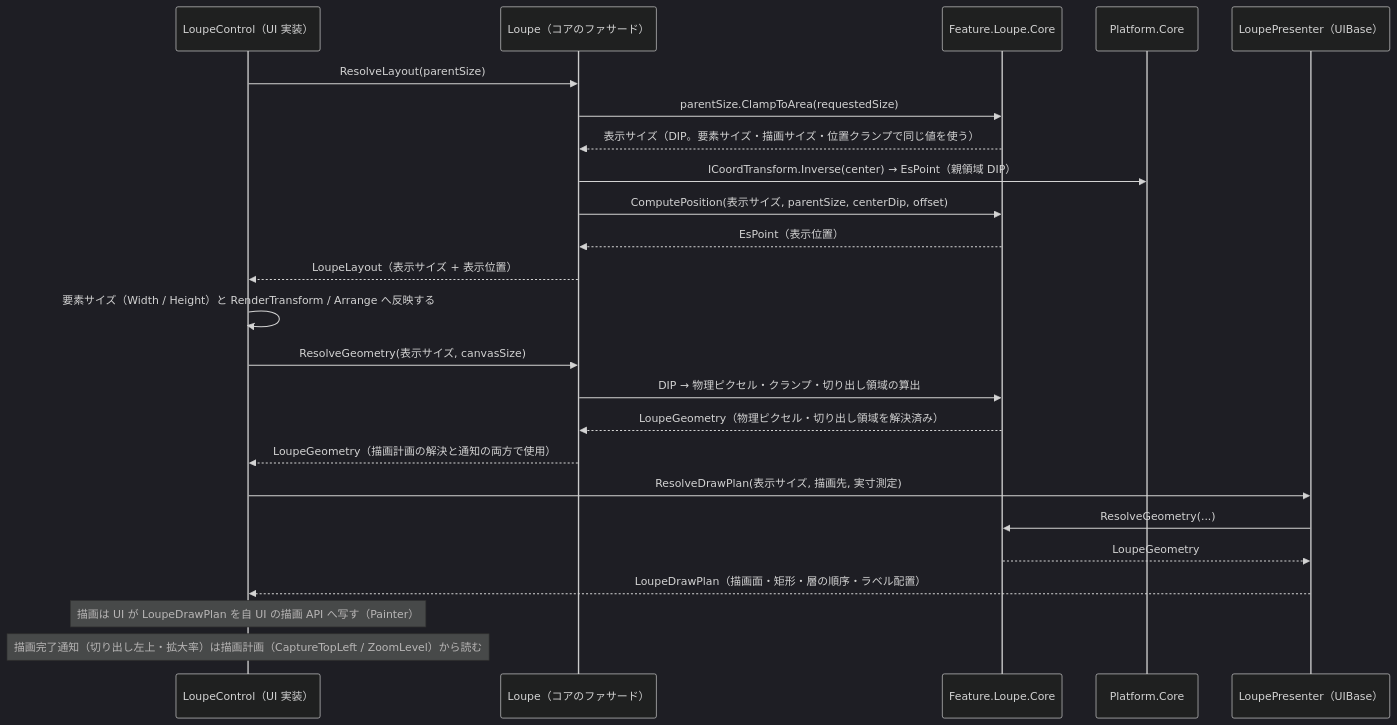
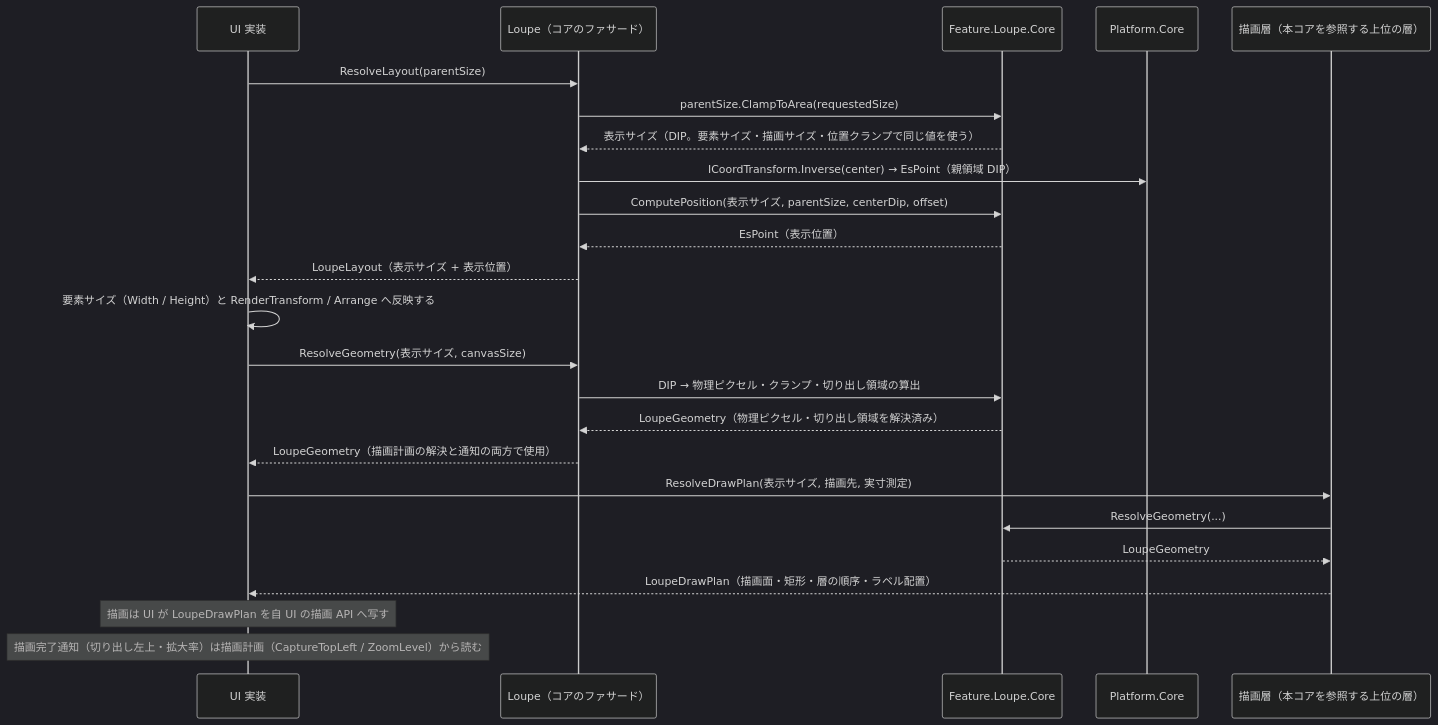
Before and after one commit to tomokuni/SaveEvidence: the second of 2 diagrams in src/Feature.Loupe.Core/docs/SPEC_System.md, drawn with Mermaid (dark theme). The commit also changed other lines of this file and 8 other files, not shown here.

````diff
--- a/src/Feature.Loupe.Core/docs/SPEC_System.md
+++ b/src/Feature.Loupe.Core/docs/SPEC_System.md
@@ -49,30 +47,30 @@
 ```mermaid
 sequenceDiagram
-  participant UI as LoupeControl（UI 実装）
+  participant UI as UI 実装
   participant Fac as Loupe（コアのファサード）
   participant Core as Feature.Loupe.Core
   participant PC as Platform.Core
-  participant P as LoupePresenter（UIBase）
+  participant P as 描画層（本コアを参照する上位の層）
 
   UI->>Fac: ResolveLayout(parentSize)
   Fac->>Core: parentSize.ClampToArea(requestedSize)
   Core-->>Fac: 表示サイズ（DIP。要素サイズ・描画サイズ・位置クランプで同じ値を使う）
   Fac->>PC: ICoordTransform.Inverse(center) → EsPoint（親領域 DIP）
   Fac->>Core: ComputePosition(表示サイズ, parentSize, centerDip, offset)
   Core-->>Fac: EsPoint（表示位置）
   Fac-->>UI: LoupeLayout（表示サイズ + 表示位置）
   UI->>UI: 要素サイズ（Width / Height）と RenderTransform / Arrange へ反映する
 
   UI->>Fac: ResolveGeometry(表示サイズ, canvasSize)
   Fac->>Core: DIP → 物理ピクセル・クランプ・切り出し領域の算出
   Core-->>Fac: LoupeGeometry（物理ピクセル・切り出し領域を解決済み）
   Fac-->>UI: LoupeGeometry（描画計画の解決と通知の両方で使用）
 
   UI->>P: ResolveDrawPlan(表示サイズ, 描画先, 実寸測定)
   P->>Core: ResolveGeometry(...)
   Core-->>P: LoupeGeometry
   P-->>UI: LoupeDrawPlan（描画面・矩形・層の順序・ラベル配置）
 
-  Note over UI: 描画は UI が LoupeDrawPlan を自 UI の描画 API へ写す（Painter）
+  Note over UI: 描画は UI が LoupeDrawPlan を自 UI の描画 API へ写す
   Note over UI: 描画完了通知（切り出し左上・拡大率）は描画計画（CaptureTopLeft / ZoomLevel）から読む
 ```
````
